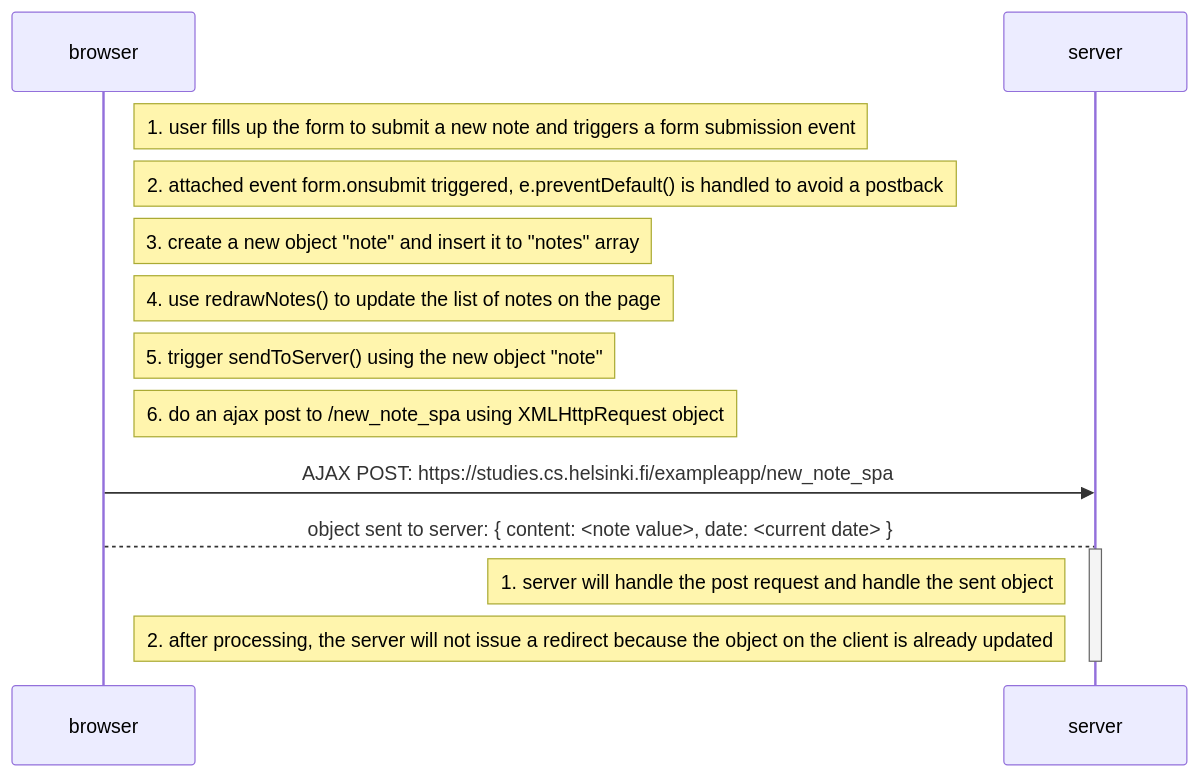
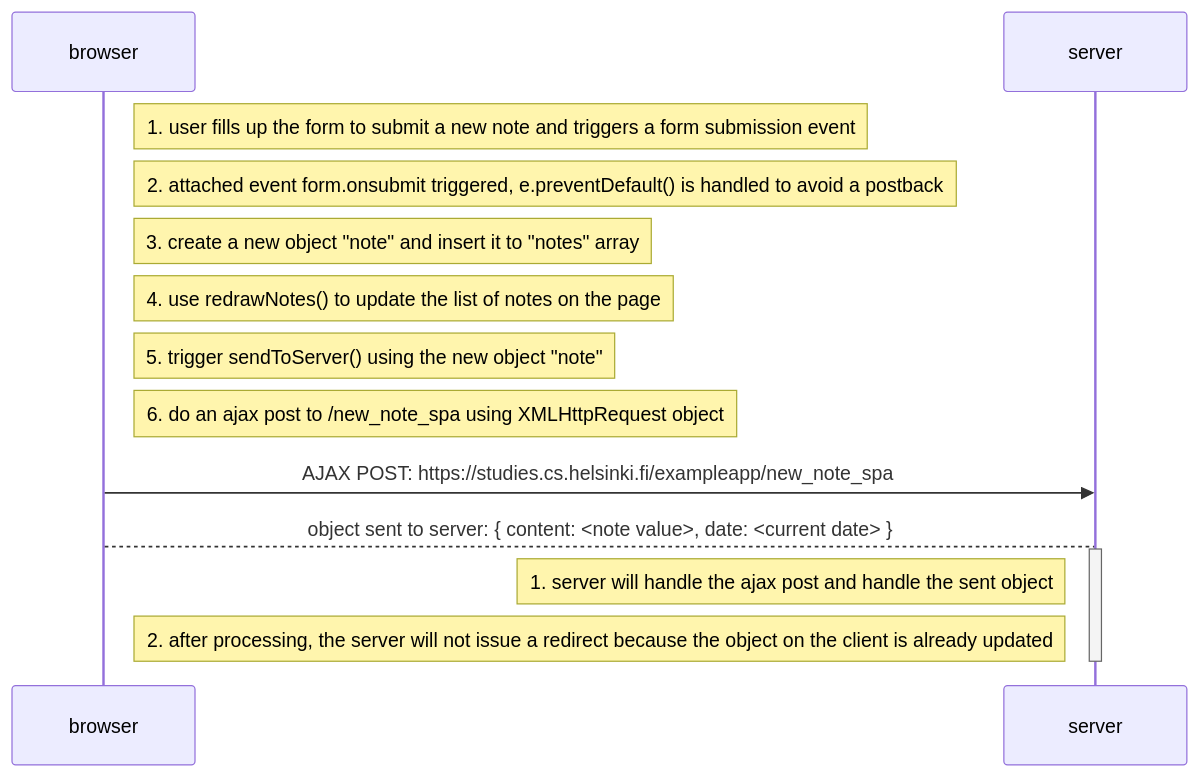
Before and after one commit to rrxron/fullstackopen: the diagram in part0/0.6 - New note in Single page app diagram.md, drawn with Mermaid.

Commit message:
part0, 0.6: New note in Single page app diagram (update 1)

````diff
--- a/part0/0.6 - New note in Single page app diagram.md
+++ b/part0/0.6 - New note in Single page app diagram.md
@@ -1,34 +1,34 @@
 ```mermaid
 sequenceDiagram
   participant browser
   participant server
 
   Note right of browser: 1. user fills up the form to submit a new note and triggers a form submission event
 
   Note right of browser: 2. attached event form.onsubmit triggered, e.preventDefault() is handled to avoid a postback
 
   Note right of browser: 3. create a new object "note" and insert it to "notes" array
 
   Note right of browser: 4. use redrawNotes() to update the list of notes on the page
 
   Note right of browser: 5. trigger sendToServer() using the new object "note"
 
   Note right of browser: 6. do an ajax post to /new_note_spa using XMLHttpRequest object
 
   browser->>server: AJAX POST: https://studies.cs.helsinki.fi/exampleapp/new_note_spa
 
   browser-->server: object sent to server: { content: <note value>, date: <current date> }
 
 
   activate server
 
-  Note left of server: 1. server will handle the post request and handle the sent object
+  Note left of server: 1. server will handle the ajax post and handle the sent object
 
   Note left of server: 2. after processing, the server will not issue a redirect because the object on the client is already updated
 
   deactivate server
 
 
 
 
 ```
````
